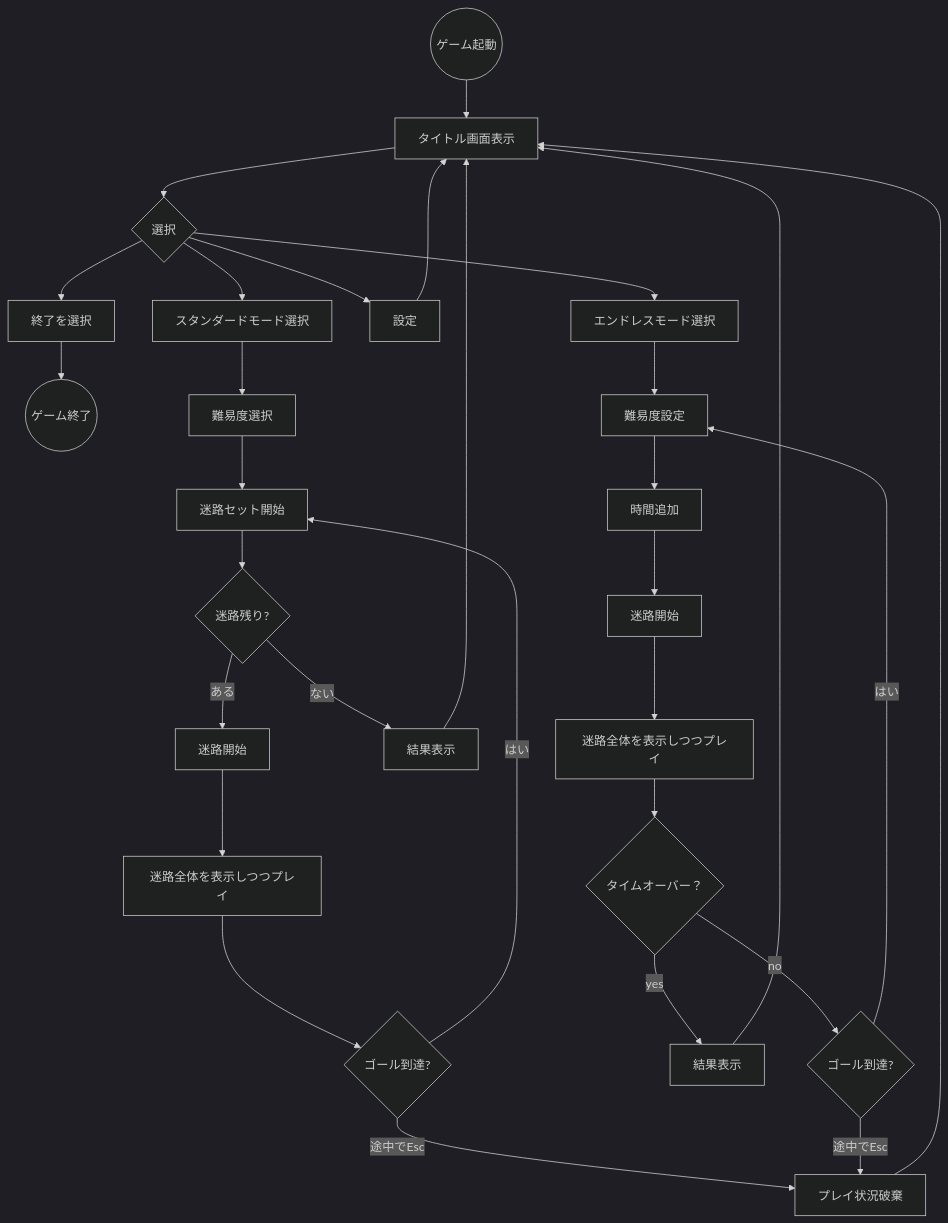
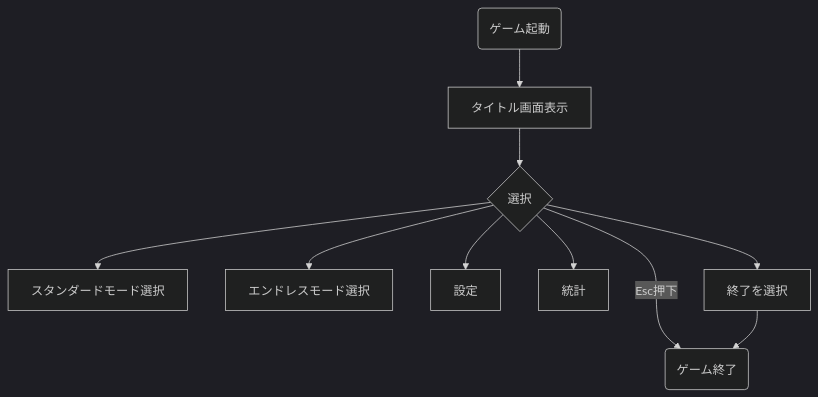
Before and after one commit to countrygeekssquare/laby: the diagram in Doc/design/flow_overview.md, drawn with Mermaid (dark theme). The commit also changed 2 other files, not shown here.

Commit message:
sprit flow overview and add each mode

````diff
--- a/Doc/design/flow_overview.md
+++ b/Doc/design/flow_overview.md
@@ -1,46 +1,18 @@
 ```mermaid
 flowchart TD
 
     %% === 起動 ===
-    A((ゲーム起動)) --> B[タイトル画面表示]
+    A(ゲーム起動) --> B[タイトル画面表示]
 
     %% === タイトル画面 ===
     B --> C{選択}
     C --> D[スタンダードモード選択]
     C --> E[エンドレスモード選択]
     C --> F[設定]
+    C --> H[統計]
     C --> G[終了を選択]
-
-    %% === 設定 ===
-    F --> B
+    C --> |Esc押下|Z
 
     %% === 終了 ===
-    G --> Z((ゲーム終了))
-
-    %% === スタンダードモード ===
-    D --> D1[難易度選択]
-    D1 --> D2[迷路セット開始]
-    D2 --> D3{迷路残り?}
-    D3 -->|ある| D4[迷路開始]
-    D4 --> D5[迷路全体を表示しつつプレイ]
-    D5 --> D6{ゴール到達?}
-    D6 -->|はい| D2
-    D6 -->|途中でEsc| X[プレイ状況破棄]
-    D3 -->|ない| D7[結果表示]
-    D7 --> B
-
-    %% === エンドレスモード ===
-    E --> E1[難易度設定]
-    E1 --> E5[時間追加]
-    E5 --> E2[迷路開始]
-    E2 --> E3[迷路全体を表示しつつプレイ]
-    E3 --> E6{タイムオーバー？}
-    E6 --> |yes|E7[結果表示]
-    E7 --> B
-    E6 --> |no|E4{ゴール到達?}
-    E4 -->|はい| E1
-    E4 -->|途中でEsc| X
-
-    %% === Escで終了処理 ===
-    X --> B
+    G --> Z(ゲーム終了)
 ```
````
